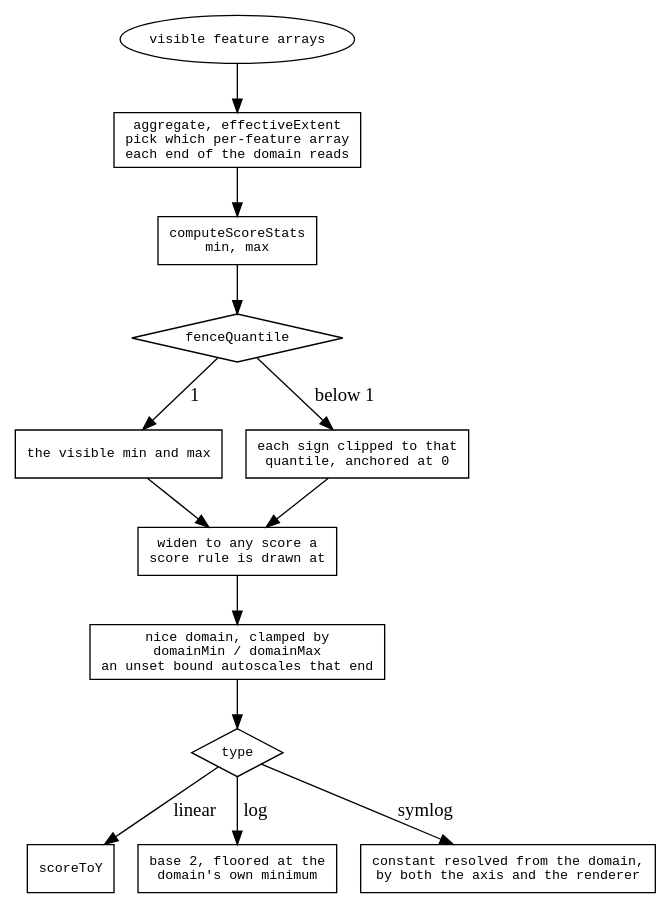
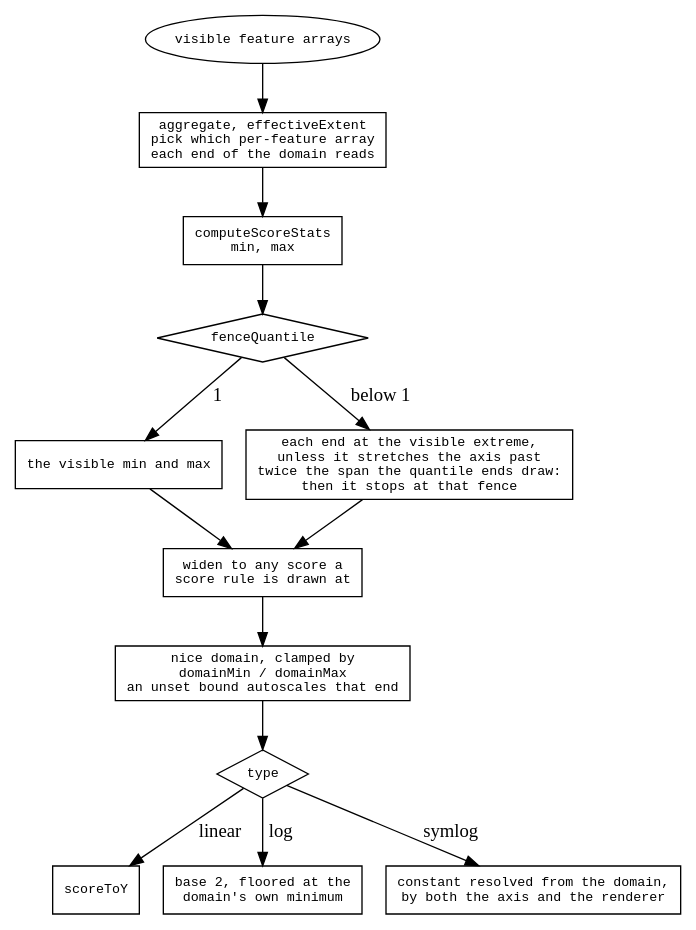
One commit to GMOD/jbrowse-components changed the diagram in agent-docs/reference/diagrams/wiggle-domain.dot. Above: the diagram before and after it, drawn with Graphviz. The commit also changed 15 other files, not shown here.

```diff
--- a/agent-docs/reference/diagrams/wiggle-domain.dot
+++ b/agent-docs/reference/diagrams/wiggle-domain.dot
@@ -1,30 +1,30 @@
 digraph wiggle_domain {
   rankdir=TB
   node [shape=box fontname=monospace fontsize=10]
   { node [shape=diamond] auto; scale }
 
   vis   [label="visible feature arrays", shape=oval]
   mode  [label="aggregate, effectiveExtent\npick which per-feature array\neach end of the domain reads"]
   stats [label="computeScoreStats\nmin, max"]
   vis -> mode -> stats -> auto
 
   auto [label="fenceQuantile"]
   auto -> local   [label=" 1"]
   auto -> pct     [label=" below 1"]
   local [label="the visible min and max"]
-  pct   [label="each sign clipped to that\nquantile, anchored at 0"]
+  pct   [label="each end at the visible extreme,\nunless it stretches the axis past\ntwice the span the quantile ends draw:\nthen it stops at that fence"]
 
   rules [label="widen to any score a\nscore rule is drawn at"]
   local -> rules  pct -> rules
 
   bounds [label="nice domain, clamped by\ndomainMin / domainMax\nan unset bound autoscales that end"]
   rules -> bounds -> scale
 
   scale [label="type"]
   scale -> lin [label=" linear"]
   scale -> log [label=" log"]
   scale -> sym [label=" symlog"]
   lin [label="scoreToY"]
   log [label="base 2, floored at the\ndomain's own minimum"]
   sym [label="constant resolved from the domain,\nby both the axis and the renderer"]
 }
```
